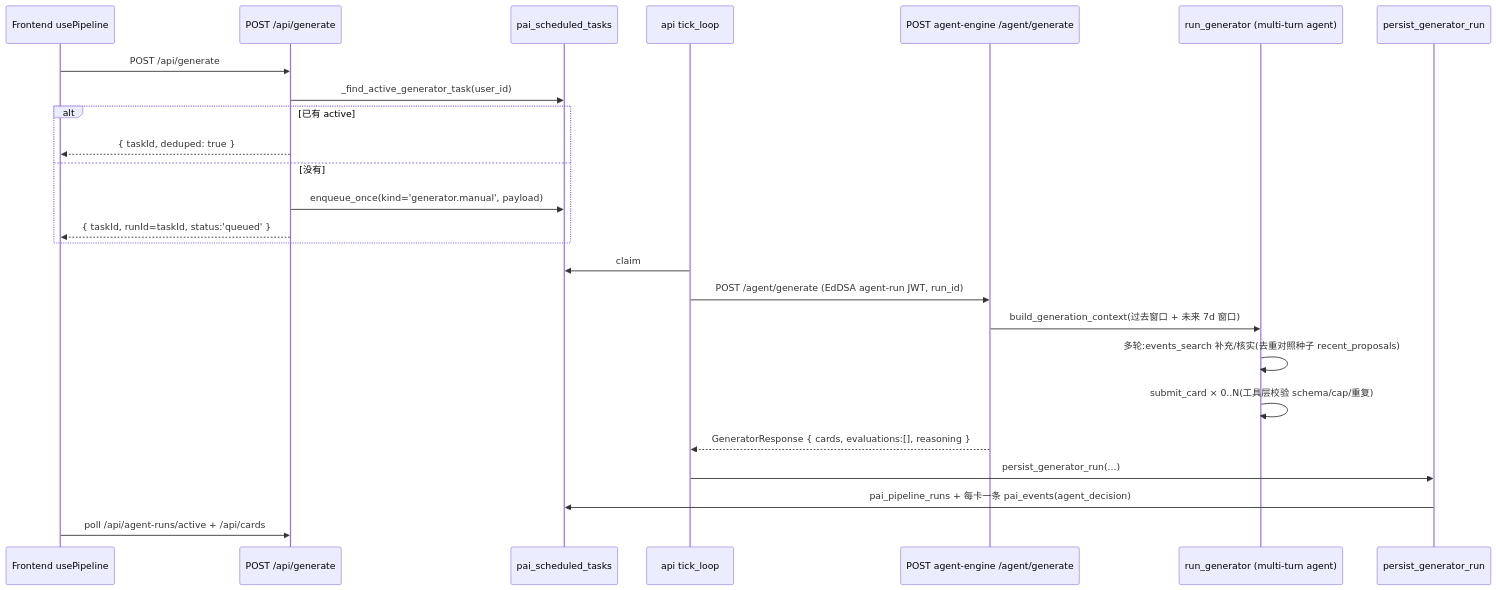
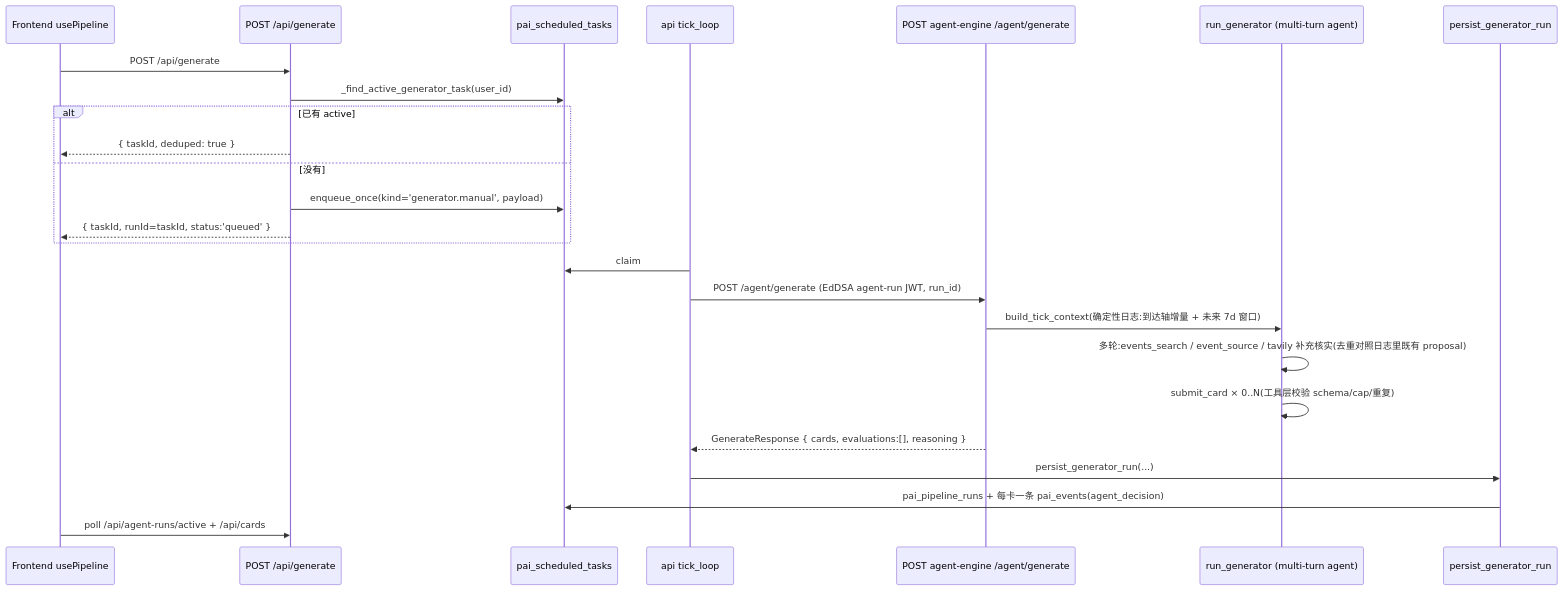
One commit to Edge-AI-HQ/proactive-assistant changed the second of 2 diagrams in docs/modules/generation.mdx. Above: the diagram before and after it, drawn with Mermaid. The commit also changed other lines of this file and 9 other files, not shown here.

````diff
--- a/docs/modules/generation.mdx
+++ b/docs/modules/generation.mdx
@@ -51,28 +51,28 @@
 ```mermaid
 sequenceDiagram
   participant FE as Frontend usePipeline
   participant Web as POST /api/generate
   participant DB as pai_scheduled_tasks
   participant Sched as api tick_loop
   participant Chat as POST agent-engine /agent/generate
   participant Agent as run_generator (multi-turn agent)
   participant Save as persist_generator_run
 
   FE->>Web: POST /api/generate
   Web->>DB: _find_active_generator_task(user_id)
   alt 已有 active
     Web-->>FE: { taskId, deduped: true }
   else 没有
     Web->>DB: enqueue_once(kind='generator.manual', payload)
     Web-->>FE: { taskId, runId=taskId, status:'queued' }
   end
   Sched->>DB: claim
   Sched->>Chat: POST /agent/generate (EdDSA agent-run JWT, run_id)
-  Chat->>Agent: build_generation_context(过去窗口 + 未来 7d 窗口)
-  Agent->>Agent: 多轮:events_search 补充/核实(去重对照种子 recent_proposals)
+  Chat->>Agent: build_tick_context(确定性日志:到达轴增量 + 未来 7d 窗口)
+  Agent->>Agent: 多轮:events_search / event_source / tavily 补充核实(去重对照日志里既有 proposal)
   Agent->>Agent: submit_card × 0..N(工具层校验 schema/cap/重复)
-  Chat-->>Sched: GeneratorResponse { cards, evaluations:[], reasoning }
+  Chat-->>Sched: GenerateResponse { cards, evaluations:[], reasoning }
   Sched->>Save: persist_generator_run(...)
   Save->>DB: pai_pipeline_runs + 每卡一条 pai_events(agent_decision)
   FE->>Web: poll /api/agent-runs/active + /api/cards
 ```
````
